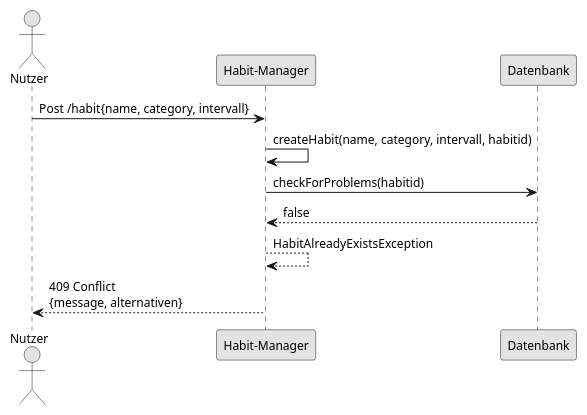
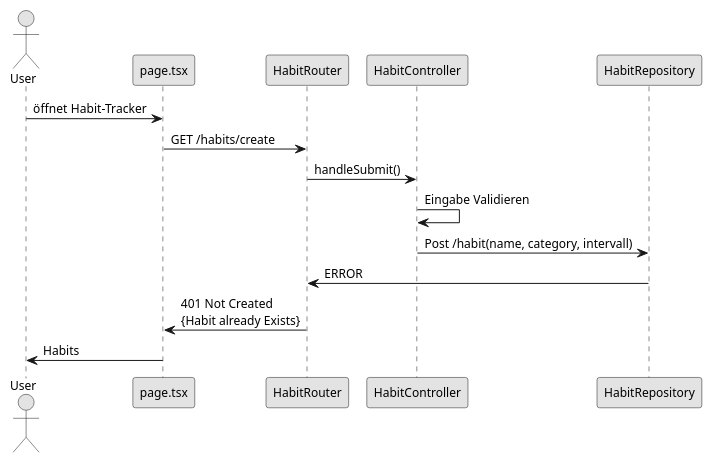
The fourth of 5 diagrams in docs/technical/design.adoc (nac1dy/Habit-Tracker), drawn with PlantUML before and after one commit. The commit also changed other lines of this file and 1 other file, not shown here.

Commit message:
fix: changed diagramms according to the problems mentioned by Prof. Anke

```diff
--- a/docs/technical/design.adoc
+++ b/docs/technical/design.adoc
@@ -196,19 +196,24 @@
-[plantuml, sequence-conflict, svg]
+[plantuml, sequence-booking, svg]
 ....
-@startuml
+@startuml current-flow
+
 skinparam monochrome true
 skinparam defaultFontSize 12
 
-actor "Nutzer" as user
-participant "Habit-Manager" as ctrl
-participant "Datenbank" as repo
+actor "User" as user
+participant "page.tsx" as home
+participant "HabitRouter" as svc
+participant "HabitController" as ctrl
+participant "HabitRepository" as repo
 
-user -> ctrl : Post /habit{name, category, intervall}
-ctrl -> ctrl : createHabit(name, category, intervall, habitid)
-ctrl -> repo : checkForProblems(habitid)
-repo --> ctrl : false
-ctrl --> ctrl : HabitAlreadyExistsException
-ctrl --> user : 409 Conflict\n{message, alternativen}
+user -> home : öffnet Habit-Tracker
+home -> svc : GET /habits/create
+svc -> ctrl : handleSubmit()
+ctrl -> ctrl : Eingabe Validieren
+ctrl -> repo : Post /habit(name, category, intervall)
+repo -> svc : ERROR
+svc -> home : 401 Not Created\n{Habit already Exists}
+home -> user : Habits
 
 @enduml
 ....
```
